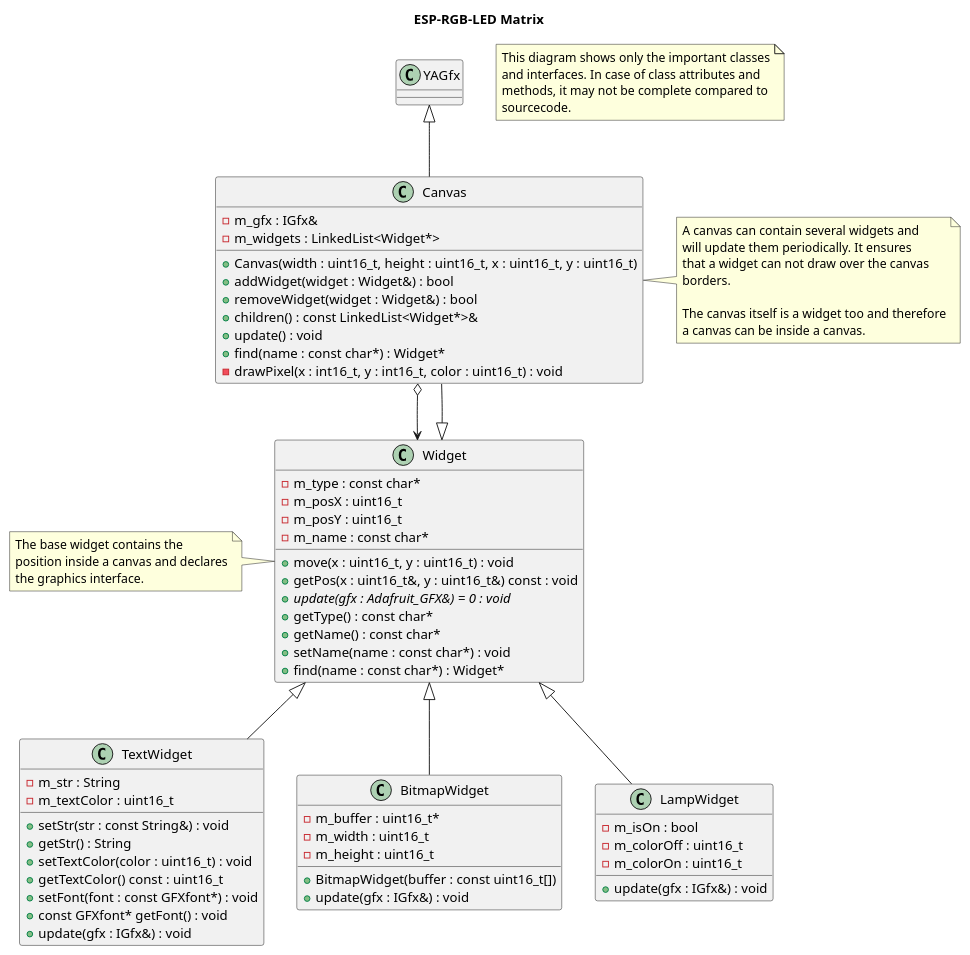
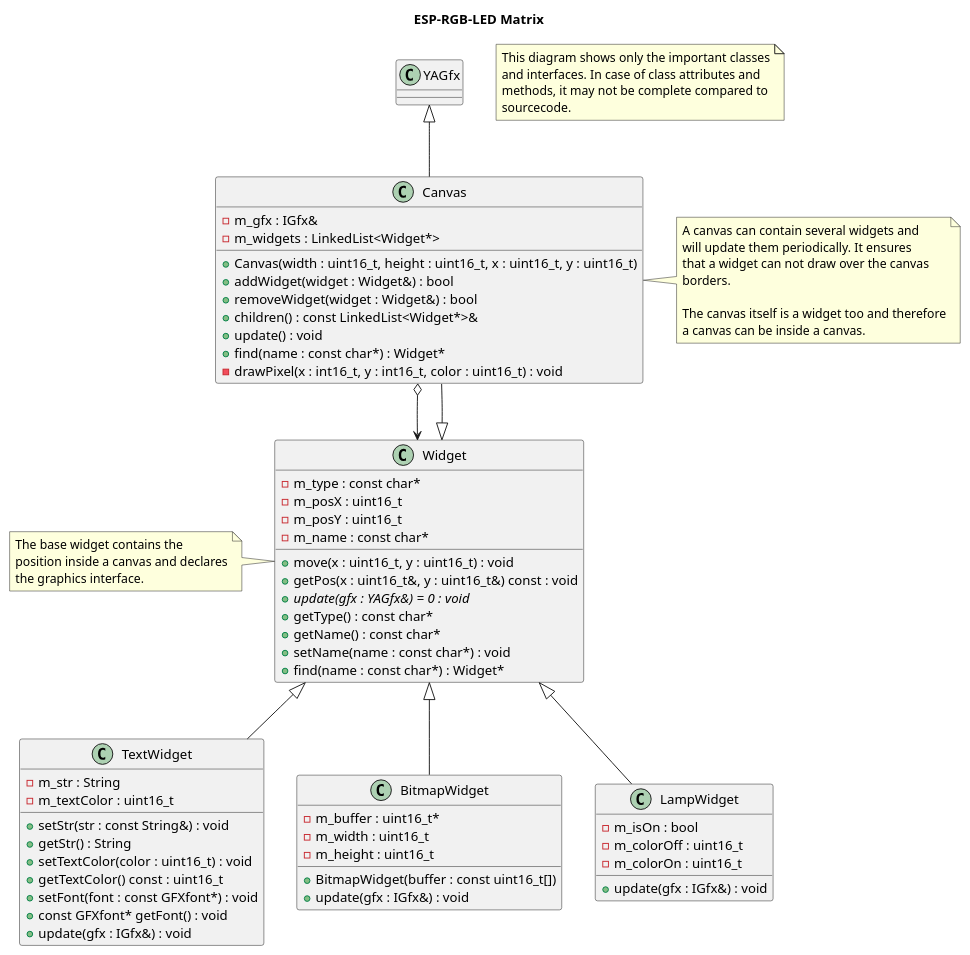
One commit to BlueAndi/Pixelix changed the diagram in doc/design/widgets.plantuml. Above: the diagram before and after it, drawn with PlantUML. The commit also changed 20 other files, not shown here.

```diff
--- a/doc/design/widgets.plantuml
+++ b/doc/design/widgets.plantuml
@@ -1,93 +1,93 @@
 @startuml
 
 title ESP-RGB-LED Matrix
 
 note as N1
     This diagram shows only the important classes
     and interfaces. In case of class attributes and
     methods, it may not be complete compared to
     sourcecode.
 end note
 
 class YAGfx
 
 class Canvas {
     - m_gfx : IGfx&
     - m_widgets : LinkedList<Widget*>
     + Canvas(width : uint16_t, height : uint16_t, x : uint16_t, y : uint16_t)
     + addWidget(widget : Widget&) : bool
     + removeWidget(widget : Widget&) : bool
     + children() : const LinkedList<Widget*>&
     + update() : void
     + find(name : const char*) : Widget*
     - drawPixel(x : int16_t, y : int16_t, color : uint16_t) : void
 }
 
 YAGfx <|-- Canvas
 Widget <|-- Canvas
 Canvas o--> Widget
 
 note right of Canvas
     A canvas can contain several widgets and
     will update them periodically. It ensures
     that a widget can not draw over the canvas
     borders.
 
     The canvas itself is a widget too and therefore
     a canvas can be inside a canvas.
 end note
 
 class Widget {
     - m_type : const char*
     - m_posX : uint16_t
     - m_posY : uint16_t
     - m_name : const char*
     + move(x : uint16_t, y : uint16_t) : void
     + getPos(x : uint16_t&, y : uint16_t&) const : void
-    + {abstract} update(gfx : Adafruit_GFX&) = 0 : void
+    + {abstract} update(gfx : YAGfx&) = 0 : void
     + getType() : const char*
     + getName() : const char*
     + setName(name : const char*) : void
     + find(name : const char*) : Widget*
 }
 
 note left of Widget
     The base widget contains the
     position inside a canvas and declares
     the graphics interface.
 end note
 
 class TextWidget {
     - m_str : String
     - m_textColor : uint16_t
     + setStr(str : const String&) : void
     + getStr() : String
     + setTextColor(color : uint16_t) : void
     + getTextColor() const : uint16_t
     + setFont(font : const GFXfont*) : void
     + const GFXfont* getFont() : void
     + update(gfx : IGfx&) : void
 }
 
 Widget <|-- TextWidget
 
 class BitmapWidget {
     - m_buffer : uint16_t*
     - m_width : uint16_t
     - m_height : uint16_t
     + BitmapWidget(buffer : const uint16_t[])
     + update(gfx : IGfx&) : void
 }
 
 Widget <|-- BitmapWidget
 
 class LampWidget {
     - m_isOn : bool
     - m_colorOff : uint16_t
     - m_colorOn : uint16_t
     + update(gfx : IGfx&) : void
 }
 
 Widget <|-- LampWidget
 
 @enduml
```
